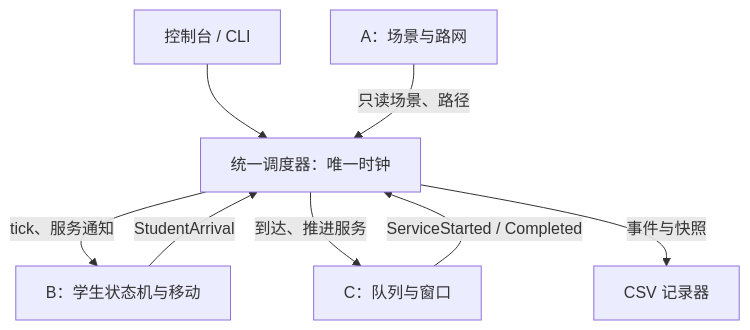
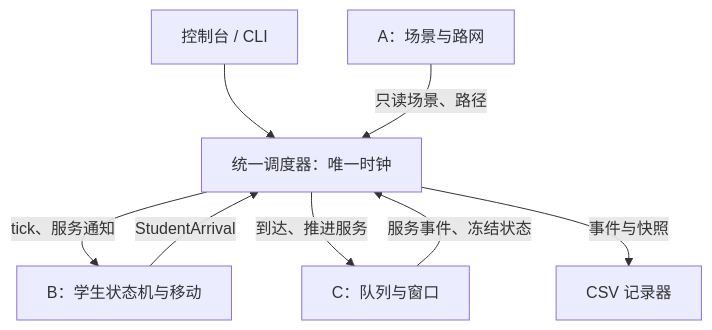
The first of 2 diagrams in docs/02_ARCHITECTURE.md (3550625279-ux/campustwin-lite), drawn with Mermaid before and after one commit. The commit also changed other lines of this file and 32 other files, not shown here.

````diff
--- a/docs/02_ARCHITECTURE.md
+++ b/docs/02_ARCHITECTURE.md
@@ -5,10 +5,10 @@
 ```mermaid
 flowchart TB
     U["控制台 / CLI"] --> R["统一调度器：唯一时钟"]
     A["A：场景与路网"] -->|"只读场景、路径"| R
     R -->|"tick、服务通知"| B["B：学生状态机与移动"]
     B -->|"StudentArrival"| R
     R -->|"到达、推进服务"| C["C：队列与窗口"]
-    C -->|"ServiceStarted / Completed"| R
+    C -->|"服务事件、冻结状态"| R
     R -->|"事件与快照"| O["CSV 记录器"]
 ```
````
